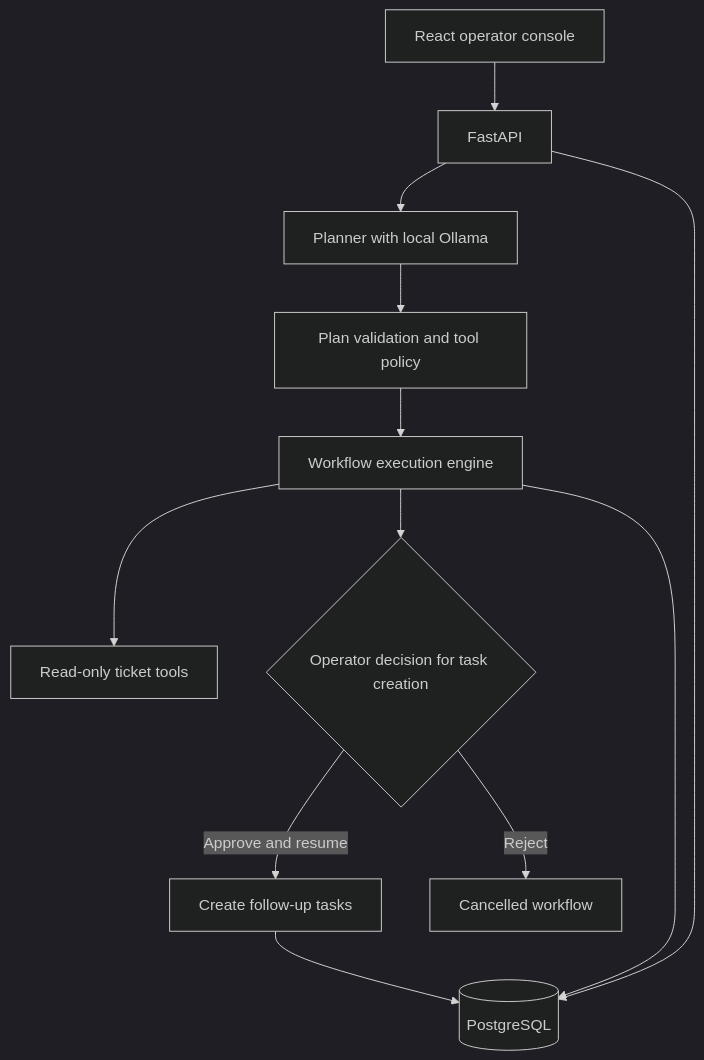
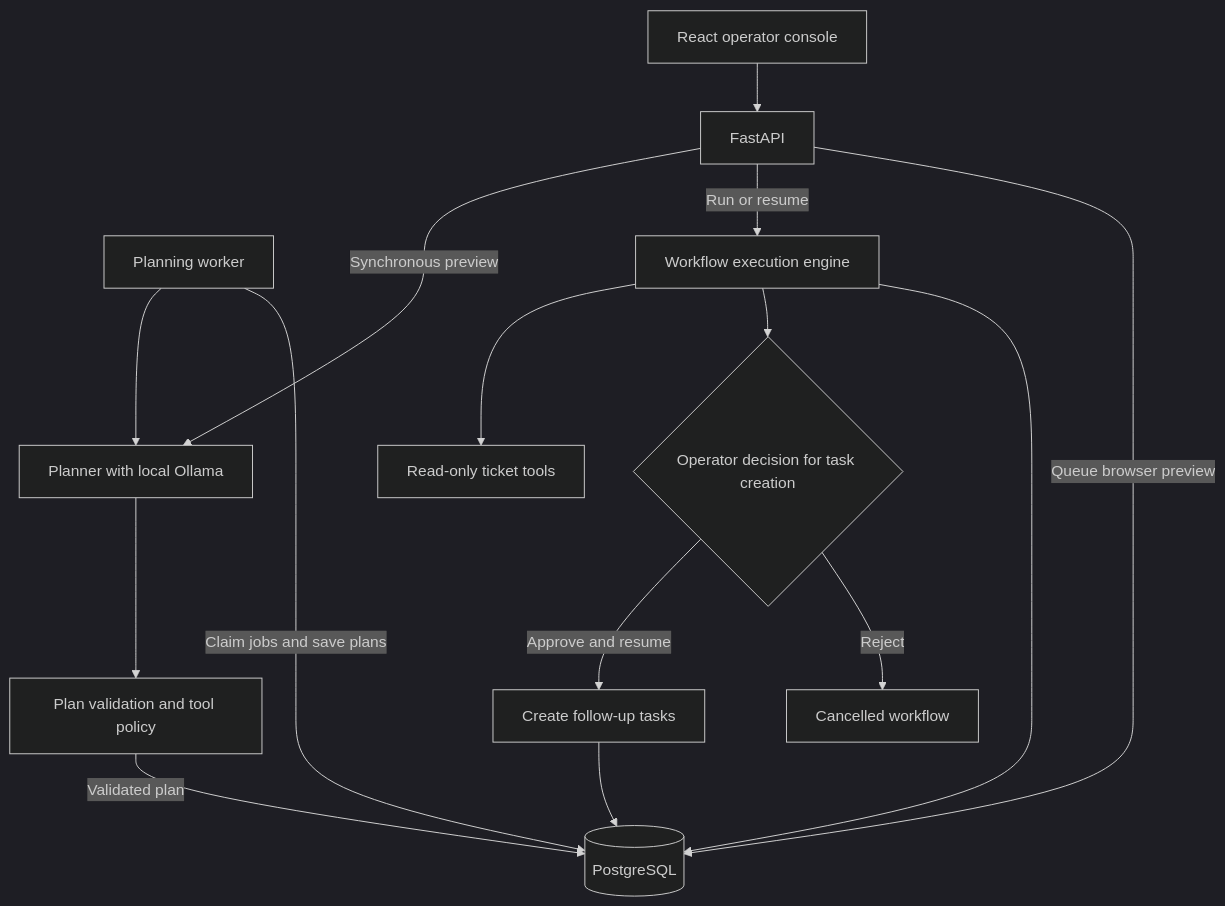
One commit to KorayAydin3k/Axon changed the diagram in README.md. Above: the diagram before and after it, drawn with Mermaid (dark theme). The commit also changed other lines of this file and 8 other files, not shown here.

````diff
--- a/README.md
+++ b/README.md
@@ -77,14 +89,17 @@
 ```mermaid
 flowchart TD
     UI["React operator console"] --> API["FastAPI"]
-    API --> Planner["Planner with local Ollama"]
+    API -->|Synchronous preview| Planner["Planner with local Ollama"]
+    Worker["Planning worker"] --> Planner
+    Worker -->|Claim jobs and save plans| Store[("PostgreSQL")]
     Planner --> Validation["Plan validation and tool policy"]
-    Validation --> Engine["Workflow execution engine"]
+    Validation -->|Validated plan| Store
+    API -->|Run or resume| Engine["Workflow execution engine"]
     Engine --> Read["Read-only ticket tools"]
     Engine --> Gate{"Operator decision for task creation"}
     Gate -->|Approve and resume| Write["Create follow-up tasks"]
     Gate -->|Reject| Cancelled["Cancelled workflow"]
-    API --> Store[("PostgreSQL")]
+    API -->|Queue browser preview| Store
     Engine --> Store
     Write --> Store
 ```
````
